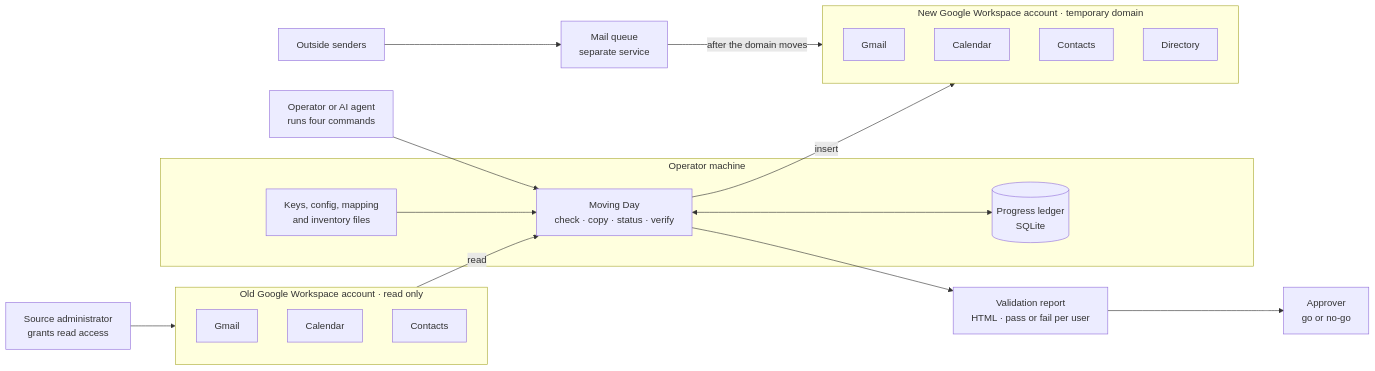
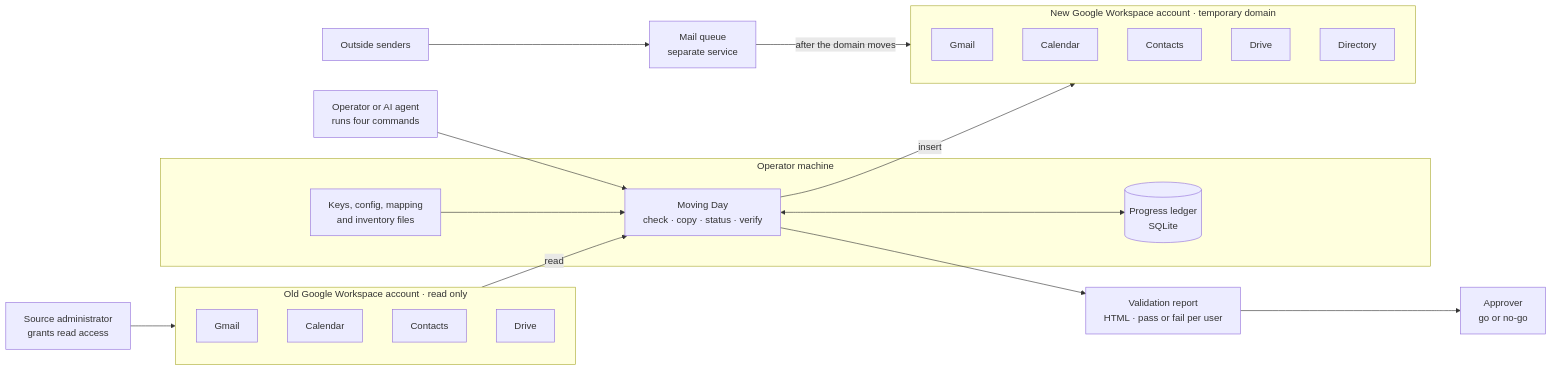
One commit to john4526/moving-day changed the diagram in README.md. Above: the diagram before and after it, drawn with Mermaid. The commit also changed other lines of this file and 3 other files, not shown here.

````diff
--- a/README.md
+++ b/README.md
@@ -52,38 +58,40 @@
 ```mermaid
 flowchart LR
   admin["Source administrator<br/>grants read access"]
   op["Operator or AI agent<br/>runs four commands"]
 
   subgraph SRC["Old Google Workspace account · read only"]
     sg["Gmail"]
     sc["Calendar"]
     sp["Contacts"]
+    sd["Drive"]
   end
 
   subgraph HOST["Operator machine"]
     md["Moving Day<br/>check · copy · status · verify"]
     led[("Progress ledger<br/>SQLite")]
     cfg["Keys, config, mapping<br/>and inventory files"]
   end
 
   subgraph DST["New Google Workspace account · temporary domain"]
     dg["Gmail"]
     dc["Calendar"]
     dp["Contacts"]
+    df["Drive"]
     dd["Directory"]
   end
 
   rep["Validation report<br/>HTML · pass or fail per user"]
   appr["Approver<br/>go or no-go"]
   senders["Outside senders"]
   q["Mail queue<br/>separate service"]
 
   admin --> SRC
   op --> md
   SRC -- "read" --> md
   md -- "insert" --> DST
   md <--> led
   cfg --> md
   md --> rep --> appr
   senders --> q -- "after the domain moves" --> DST
 ```
````
